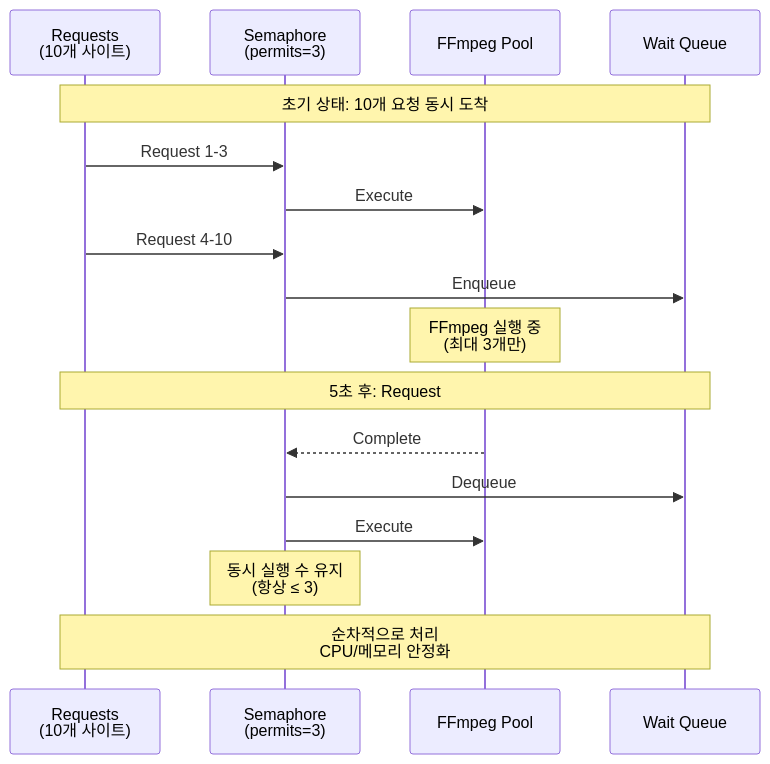
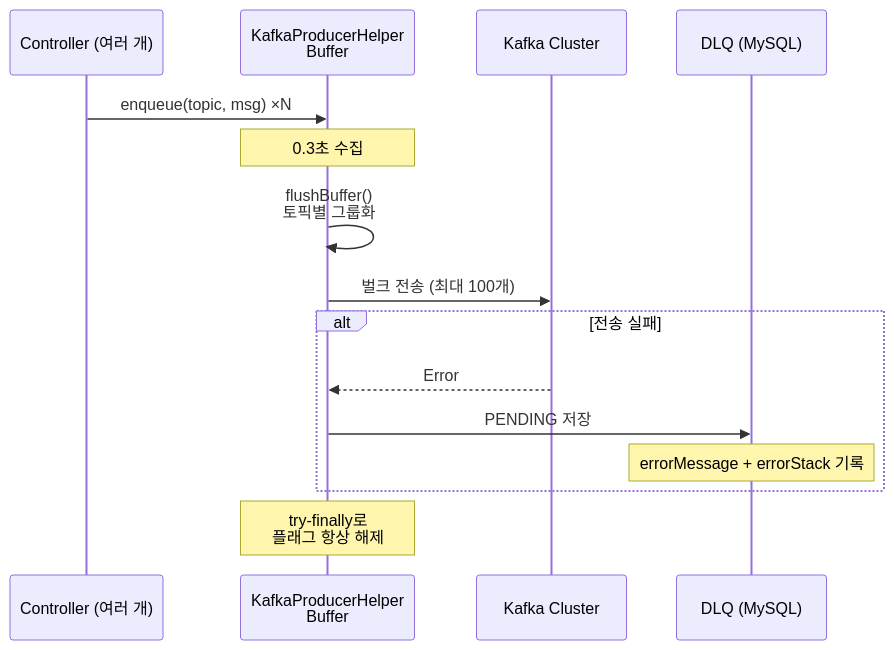
The second of 11 diagrams in README.md (1985jwlee/production-iot-backend), drawn with Mermaid before and after one commit. The commit also changed other lines of this file, not shown here.

````diff
--- a/README.md
+++ b/README.md
@@ -444,27 +112,20 @@
 ```mermaid
 sequenceDiagram
-    participant R as Requests<br/>(10개 사이트)
-    participant S as Semaphore<br/>(permits=3)
-    participant F as FFmpeg Pool
-    participant Q as Wait Queue
-    
-    Note over R,Q: 초기 상태: 10개 요청 동시 도착
-    
-    R->>S: Request 1-3
-    S->>F: Execute #1, #2, #3
-    
-    R->>S: Request 4-10
-    S->>Q: Enqueue #4-10 (대기)
-    
-    Note over F: FFmpeg 실행 중<br/>(최대 3개만)
-    
-    Note over R,Q: 5초 후: Request #1 완료
-    
-    F-->>S: Complete #1
-    S->>Q: Dequeue #4
-    S->>F: Execute #4
-    
-    Note over S: 동시 실행 수 유지<br/>(항상 ≤ 3)
-    
-    Note over R,Q: 순차적으로 처리<br/>CPU/메모리 안정화
+    participant C as Controller (여러 개)
+    participant B as KafkaProducerHelper<br/>Buffer
+    participant K as Kafka Cluster
+    participant DLQ as DLQ (MySQL)
+
+    C->>B: enqueue(topic, msg) ×N
+    Note over B: 0.3초 수집
+    B->>B: flushBuffer()<br/>토픽별 그룹화
+    B->>K: 벌크 전송 (최대 100개)
+
+    alt 전송 실패
+        K-->>B: Error
+        B->>DLQ: PENDING 저장
+        Note over DLQ: errorMessage + errorStack 기록
+    end
+
+    Note over B: try-finally로<br/>플래그 항상 해제
 ```
````
